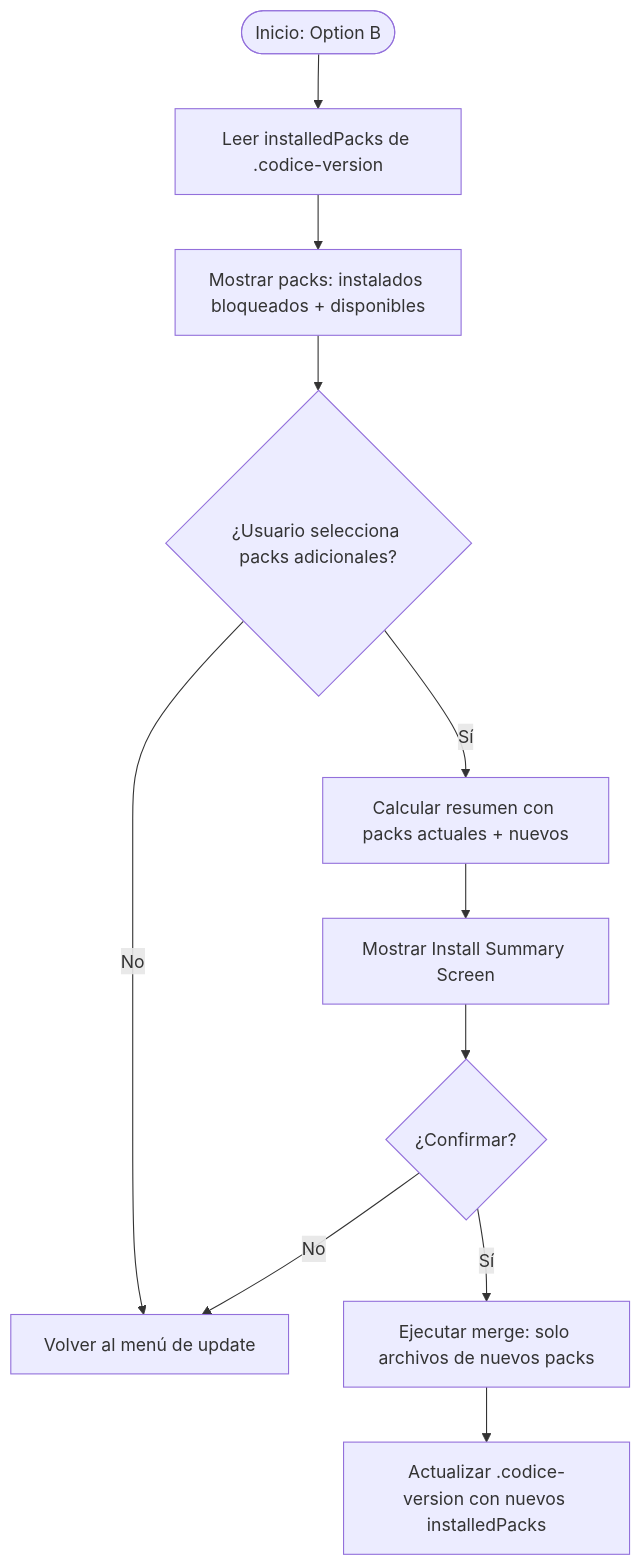
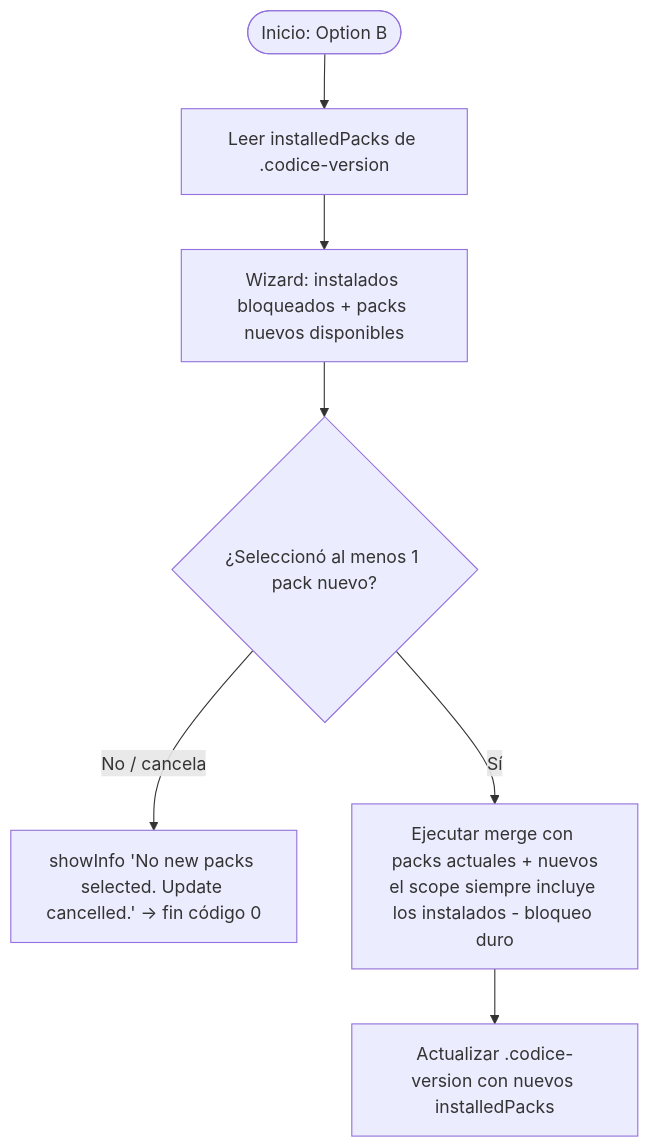
Before and after one commit to Fisherk2/codice-opencode: the ninth of 9 diagrams in docs/APPFLOW.md, drawn with Mermaid. The commit also changed other lines of this file and 88 other files, not shown here.

````diff
--- a/docs/APPFLOW.md
+++ b/docs/APPFLOW.md
@@ -201,13 +208,9 @@
 ```mermaid
 graph TD
     A([Inicio: Option B]) --> B[Leer installedPacks de .codice-version]
-    B --> C[Mostrar packs: instalados bloqueados + disponibles]
-    C --> D{¿Usuario selecciona packs adicionales?}
-    D -- Sí --> E[Calcular resumen con packs actuales + nuevos]
-    D -- No --> F[Volver al menú de update]
-    E --> G[Mostrar Install Summary Screen]
-    G --> H{¿Confirmar?}
-    H -- Sí --> I[Ejecutar merge: solo archivos de nuevos packs]
-    H -- No --> F
+    B --> C[Wizard: instalados bloqueados + packs nuevos disponibles]
+    C --> D{¿Seleccionó al menos 1 pack nuevo?}
+    D -- No / cancela --> F[showInfo 'No new packs selected. Update cancelled.' → fin código 0]
+    D -- Sí --> I[Ejecutar merge con packs actuales + nuevos<br/>el scope siempre incluye los instalados - bloqueo duro]
     I --> J[Actualizar .codice-version con nuevos installedPacks]
 ```
````
